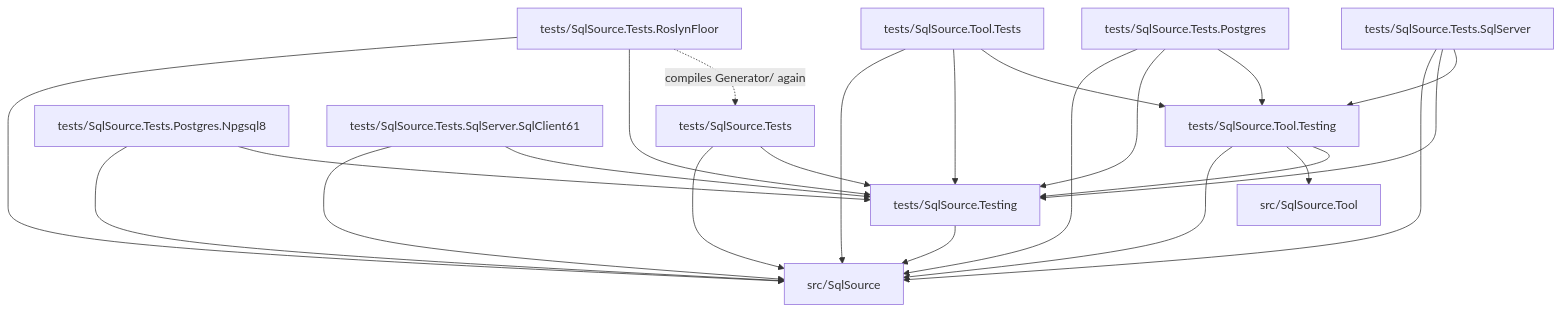
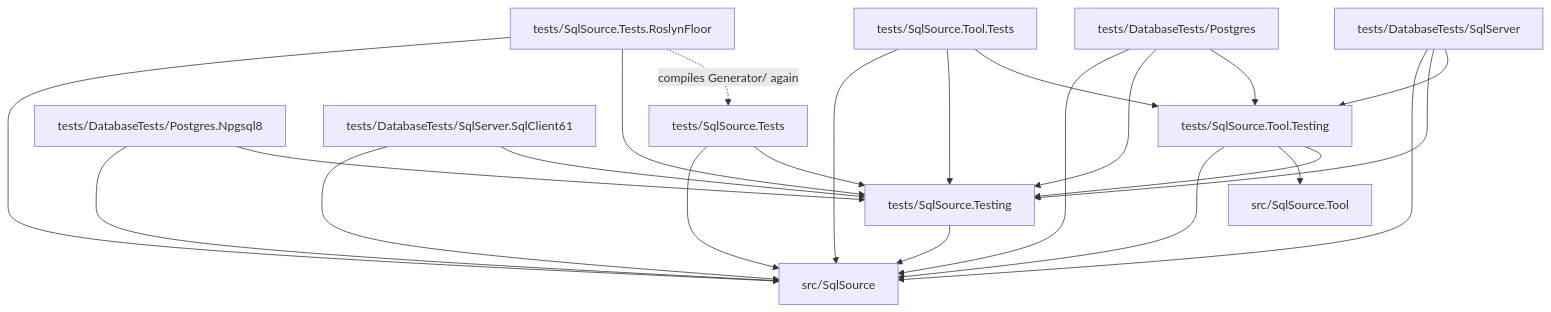
One commit to mbcrawfo/SqlSource changed the diagram in tests/README.md. Above: the diagram before and after it, drawn with Mermaid. The commit also changed other lines of this file and 8 other files, not shown here.

First line of the commit message:
Give tests/DatabaseTests its readme and AGENTS.md

````diff
--- a/tests/README.md
+++ b/tests/README.md
@@ -62,37 +60,37 @@
 ```mermaid
 graph TD
     Generator["src/SqlSource"]
     Tool["src/SqlSource.Tool"]
     Tests["tests/SqlSource.Tests"]
     Floor["tests/SqlSource.Tests.RoslynFloor"]
     ToolTests["tests/SqlSource.Tool.Tests"]
-    Postgres["tests/SqlSource.Tests.Postgres"]
-    Npgsql8["tests/SqlSource.Tests.Postgres.Npgsql8"]
-    SqlServer["tests/SqlSource.Tests.SqlServer"]
-    SqlClient61["tests/SqlSource.Tests.SqlServer.SqlClient61"]
+    Postgres["tests/DatabaseTests/Postgres"]
+    Npgsql8["tests/DatabaseTests/Postgres.Npgsql8"]
+    SqlServer["tests/DatabaseTests/SqlServer"]
+    SqlClient61["tests/DatabaseTests/SqlServer.SqlClient61"]
     Testing["tests/SqlSource.Testing"]
     ToolTesting["tests/SqlSource.Tool.Testing"]
 
     Tests --> Generator
     Tests --> Testing
     Floor --> Generator
     Floor --> Testing
     Floor -.->|compiles Generator/ again| Tests
     ToolTests --> Generator
     ToolTests --> Testing
     ToolTests --> ToolTesting
     Postgres --> Generator
     Postgres --> Testing
     Postgres --> ToolTesting
     Npgsql8 --> Generator
     Npgsql8 --> Testing
     SqlServer --> Generator
     SqlServer --> Testing
     SqlServer --> ToolTesting
     SqlClient61 --> Generator
     SqlClient61 --> Testing
     Testing --> Generator
     ToolTesting --> Generator
     ToolTesting --> Tool
     ToolTesting --> Testing
 ```
````
